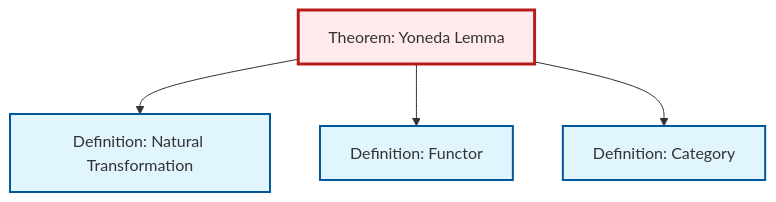
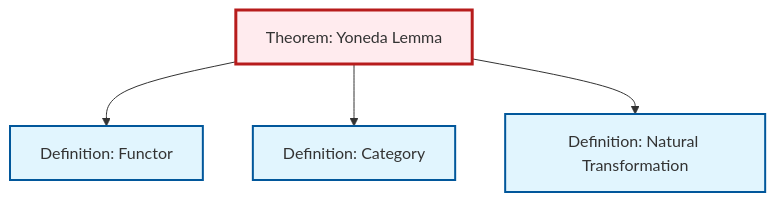
One commit to RK0429/ModernMath changed the diagram in content/ja/category-theory/thm-yoneda.qmd. Above: the diagram before and after it, drawn with Mermaid. The commit also changed other lines of this file and 530 other files, not shown here.

````diff
--- a/content/ja/category-theory/thm-yoneda.qmd
+++ b/content/ja/category-theory/thm-yoneda.qmd
@@ -96,20 +96,20 @@
 ```{mermaid}
 %%| fig-cap: "Local dependency graph"
 graph TD
     classDef definition fill:#e1f5fe,stroke:#01579b,stroke-width:2px
     classDef theorem fill:#f3e5f5,stroke:#4a148c,stroke-width:2px
     classDef axiom fill:#fff3e0,stroke:#e65100,stroke-width:2px
     classDef example fill:#e8f5e9,stroke:#1b5e20,stroke-width:2px
     classDef current fill:#ffebee,stroke:#b71c1c,stroke-width:3px
+    thm-yoneda["Theorem: Yoneda Lemma"]:::theorem
+    def-natural-transformation["Definition: Natural Transformation"]:::definition
+    def-category["Definition: Category"]:::definition
     def-functor["Definition: Functor"]:::definition
-    def-category["Definition: Category"]:::definition
-    def-natural-transformation["Definition: Natural Transformation"]:::definition
-    thm-yoneda["Theorem: Yoneda Lemma"]:::theorem
-    thm-yoneda --> def-natural-transformation
     thm-yoneda --> def-functor
     thm-yoneda --> def-category
+    thm-yoneda --> def-natural-transformation
     class thm-yoneda current
+    click def-natural-transformation "def-natural-transformation.html" "Definition: Natural Transformationへ"
+    click def-category "def-category.html" "Definition: Categoryへ"
     click def-functor "def-functor.html" "Definition: Functorへ"
-    click def-category "def-category.html" "Definition: Categoryへ"
-    click def-natural-transformation "def-natural-transformation.html" "Definition: Natural Transformationへ"
 ```
````
